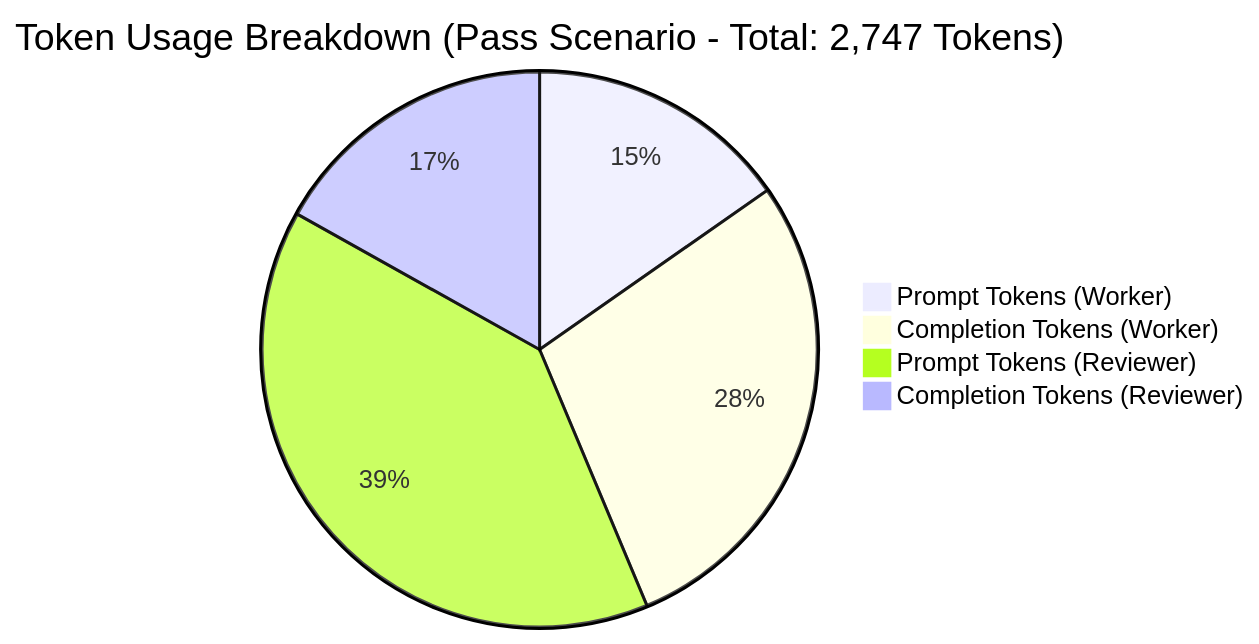
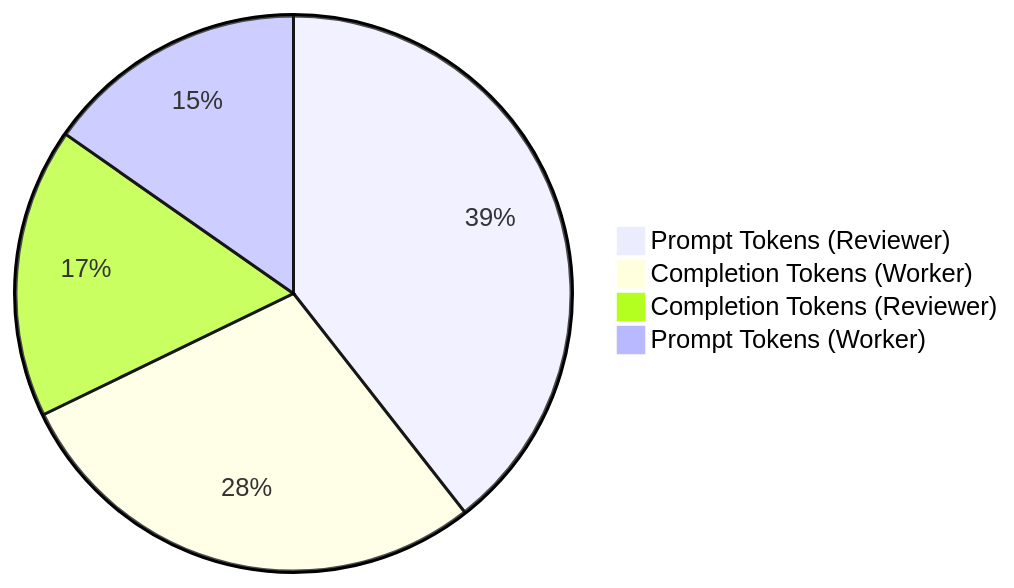
One commit to spdwivedi/agentic-foundry-suite changed the diagram in reports/technical_report.md. Above: the diagram before and after it, drawn with Mermaid. The commit also changed other lines of this file and 14 other files, not shown here.

````diff
--- a/reports/technical_report.md
+++ b/reports/technical_report.md
@@ -117,7 +121,7 @@
 ```mermaid
-pie title Token Usage Breakdown (Pass Scenario - Total: 2,747 Tokens)
+pie
+    "Prompt Tokens (Reviewer)" : 1083
+    "Completion Tokens (Worker)" : 780
+    "Completion Tokens (Reviewer)" : 464
     "Prompt Tokens (Worker)" : 420
-    "Completion Tokens (Worker)" : 780
-    "Prompt Tokens (Reviewer)" : 1083
-    "Completion Tokens (Reviewer)" : 464
 ```
````
